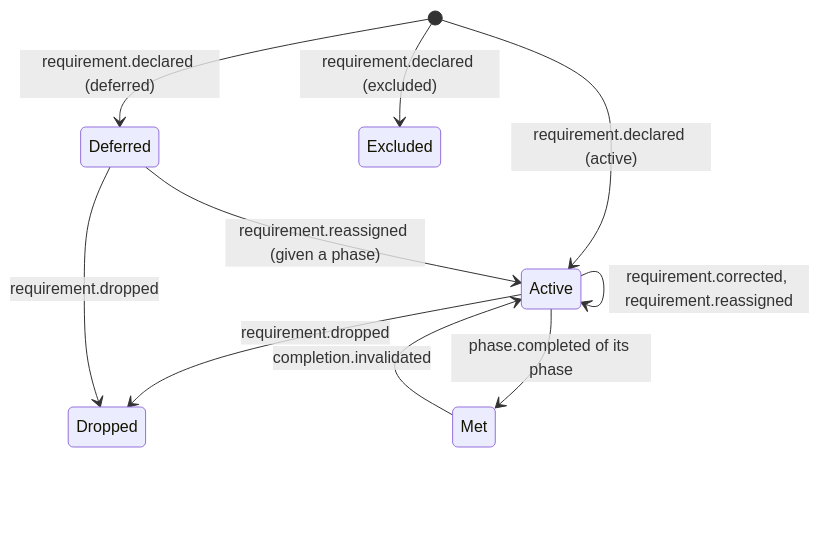
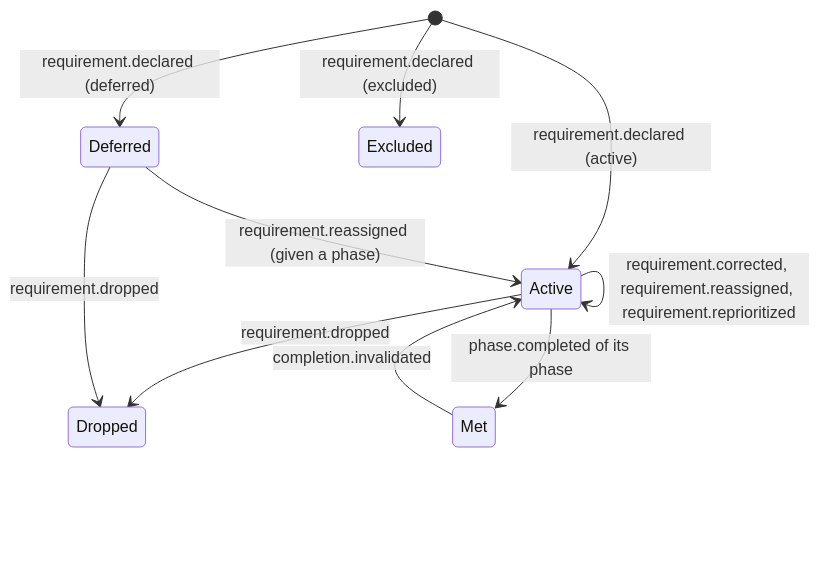
The second of 5 diagrams in docs/design/0004-starting-a-project-and-changing-scope.md (crenshawdev/baley), drawn with Mermaid before and after one commit. The commit also changed other lines of this file and 6 other files, not shown here.

````diff
--- a/docs/design/0004-starting-a-project-and-changing-scope.md
+++ b/docs/design/0004-starting-a-project-and-changing-scope.md
@@ -272,12 +269,12 @@
 ```mermaid
 stateDiagram-v2
   [*] --> Active: requirement.declared (active)
   [*] --> Deferred: requirement.declared (deferred)
   [*] --> Excluded: requirement.declared (excluded)
-  Active --> Active: requirement.corrected, requirement.reassigned
+  Active --> Active: requirement.corrected, requirement.reassigned, requirement.reprioritized
   Deferred --> Active: requirement.reassigned (given a phase)
   Active --> Dropped: requirement.dropped
   Deferred --> Dropped: requirement.dropped
   Active --> Met: phase.completed of its phase
   Met --> Active: completion.invalidated
 ```
````
